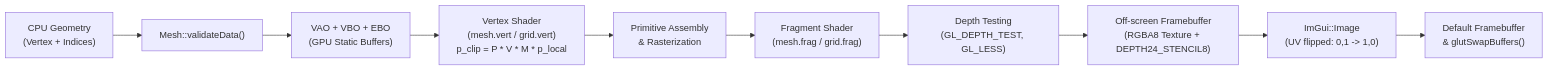
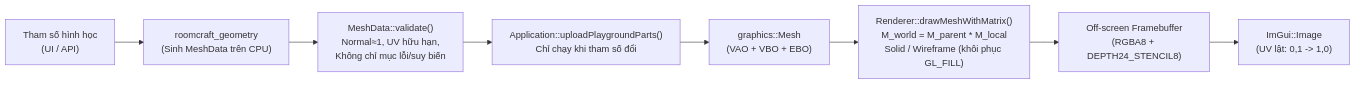
Before and after one commit to Eddy-hoang/Room-craft-3d: the second of 2 diagrams in docs/ARCHITECTURE.md, drawn with Mermaid. The commit also changed other lines of this file and 40 other files, not shown here.

````diff
--- a/docs/ARCHITECTURE.md
+++ b/docs/ARCHITECTURE.md
@@ -125,12 +34,10 @@
 ```mermaid
 flowchart LR
-    CPU["CPU Geometry\n(Vertex + Indices)"] --> VAL["Mesh::validateData()"]
-    VAL --> GPU["VAO + VBO + EBO\n(GPU Static Buffers)"]
-    GPU --> VS["Vertex Shader\n(mesh.vert / grid.vert)\np_clip = P * V * M * p_local"]
-    VS --> RAST["Primitive Assembly\n& Rasterization"]
-    RAST --> FS["Fragment Shader\n(mesh.frag / grid.frag)"]
-    FS --> DEPTH["Depth Testing\n(GL_DEPTH_TEST, GL_LESS)"]
-    DEPTH --> FBO["Off-screen Framebuffer\n(RGBA8 Texture + DEPTH24_STENCIL8)"]
-    FBO --> IMGUI["ImGui::Image\n(UV flipped: 0,1 -> 1,0)"]
-    IMGUI --> SCREEN["Default Framebuffer\n& glutSwapBuffers()"]
+    PARAMS["Tham số hình học\n(UI / API)"] --> GEN["roomcraft_geometry\n(Sinh MeshData trên CPU)"]
+    GEN --> VALID["MeshData::validate()\nNormal≈1, UV hữu hạn,\nKhông chỉ mục lỗi/suy biến"]
+    VALID --> UPLOAD["Application::uploadPlaygroundParts()\nChỉ chạy khi tham số đổi"]
+    UPLOAD --> GPU["graphics::Mesh\n(VAO + VBO + EBO)"]
+    GPU --> RENDER["Renderer::drawMeshWithMatrix()\nM_world = M_parent * M_local\nSolid / Wireframe (khôi phục GL_FILL)"]
+    RENDER --> FBO["Off-screen Framebuffer\n(RGBA8 + DEPTH24_STENCIL8)"]
+    FBO --> IMGUI["ImGui::Image\n(UV lật: 0,1 -> 1,0)"]
 ```
````
